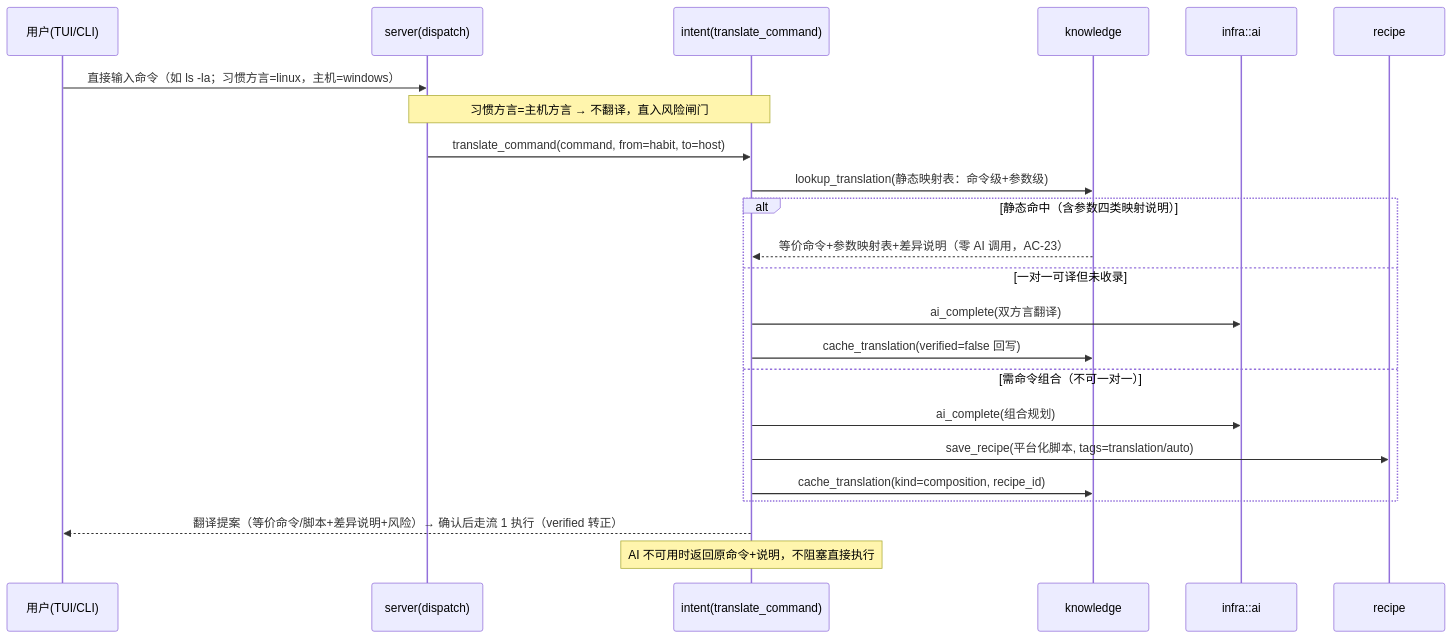
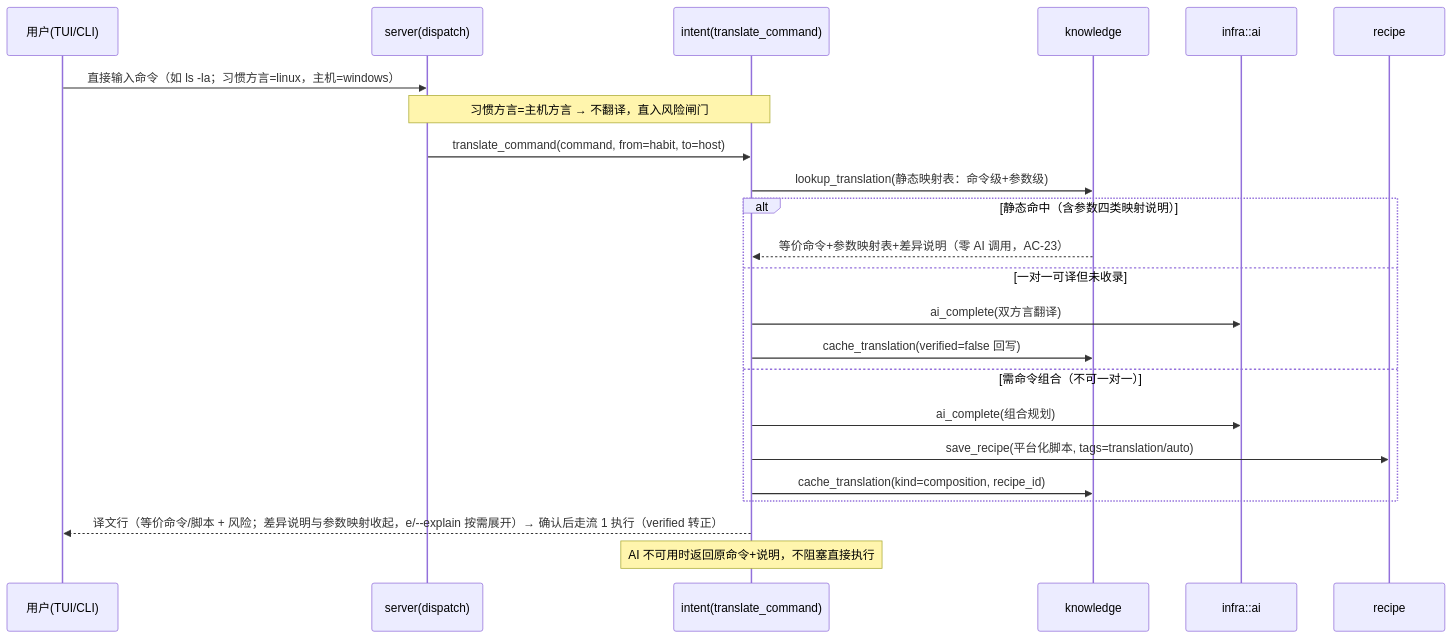
One commit to zhaoxuan-inside/iA-Console changed the fourth of 5 diagrams in _04_framework_design/02_data_flow.md. Above: the diagram before and after it, drawn with Mermaid. The commit also changed 1 other file, not shown here.

Commit message:
docs(_04): 提案卡改两态（摘要默认/e 详解）、直通行组件；流 4 译文行语义

````diff
--- a/_04_framework_design/02_data_flow.md
+++ b/_04_framework_design/02_data_flow.md
@@ -85,26 +85,26 @@
 ```mermaid
 sequenceDiagram
     participant U as 用户(TUI/CLI)
     participant S as server(dispatch)
     participant T as intent(translate_command)
     participant K as knowledge
     participant AI as infra::ai
     participant RC as recipe
 
     U->>S: 直接输入命令（如 ls -la；习惯方言=linux，主机=windows）
     Note over S,T: 习惯方言=主机方言 → 不翻译，直入风险闸门
     S->>T: translate_command(command, from=habit, to=host)
     T->>K: lookup_translation(静态映射表：命令级+参数级)
     alt 静态命中（含参数四类映射说明）
         K-->>T: 等价命令+参数映射表+差异说明（零 AI 调用，AC-23）
     else 一对一可译但未收录
         T->>AI: ai_complete(双方言翻译)
         T->>K: cache_translation(verified=false 回写)
     else 需命令组合（不可一对一）
         T->>AI: ai_complete(组合规划)
         T->>RC: save_recipe(平台化脚本, tags=translation/auto)
         T->>K: cache_translation(kind=composition, recipe_id)
     end
-    T-->>U: 翻译提案（等价命令/脚本+差异说明+风险）→ 确认后走流 1 执行（verified 转正）
+    T-->>U: 译文行（等价命令/脚本 + 风险；差异说明与参数映射收起，e/--explain 按需展开）→ 确认后走流 1 执行（verified 转正）
     Note over T: AI 不可用时返回原命令+说明，不阻塞直接执行
 ```
````
